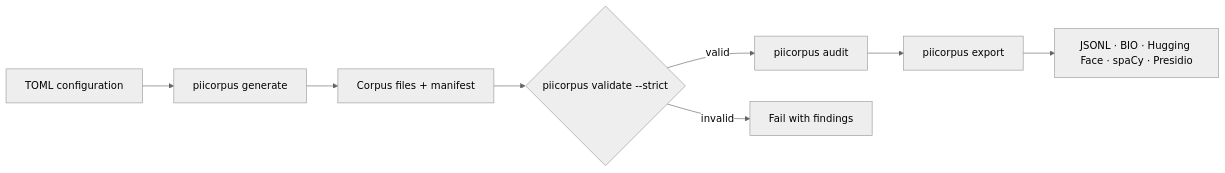
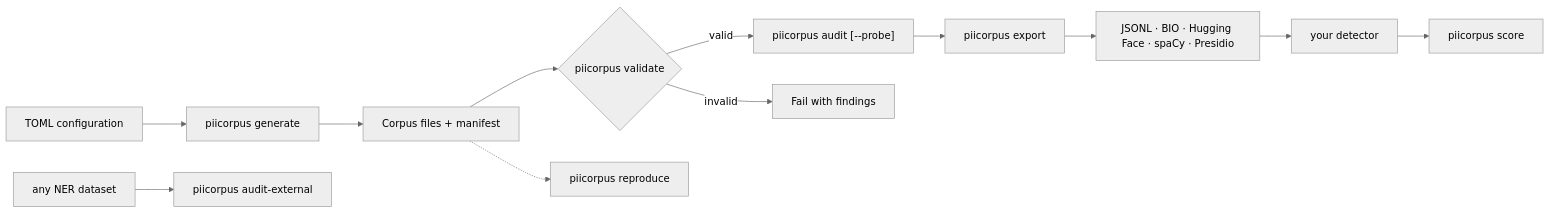
The diagram in README.md (rasam08/PIIcorpus), drawn with Mermaid (neutral theme) before and after one commit. The commit also changed other lines of this file and 54 other files, not shown here.

````diff
--- a/README.md
+++ b/README.md
@@ -23,10 +25,14 @@
 ```mermaid
 flowchart LR
     A["TOML configuration"] --> B["piicorpus generate"]
     B --> C["Corpus files + manifest"]
-    C --> D{"piicorpus validate --strict"}
-    D -->|"valid"| E["piicorpus audit"]
+    C --> D{"piicorpus validate"}
+    D -->|"valid"| E["piicorpus audit [--probe]"]
     D -->|"invalid"| X["Fail with findings"]
     E --> F["piicorpus export"]
     F --> G["JSONL · BIO · Hugging Face · spaCy · Presidio"]
+    G --> H["your detector"]
+    H --> I["piicorpus score"]
+    C -.-> R["piicorpus reproduce"]
+    J["any NER dataset"] --> K["piicorpus audit-external"]
 ```
````
